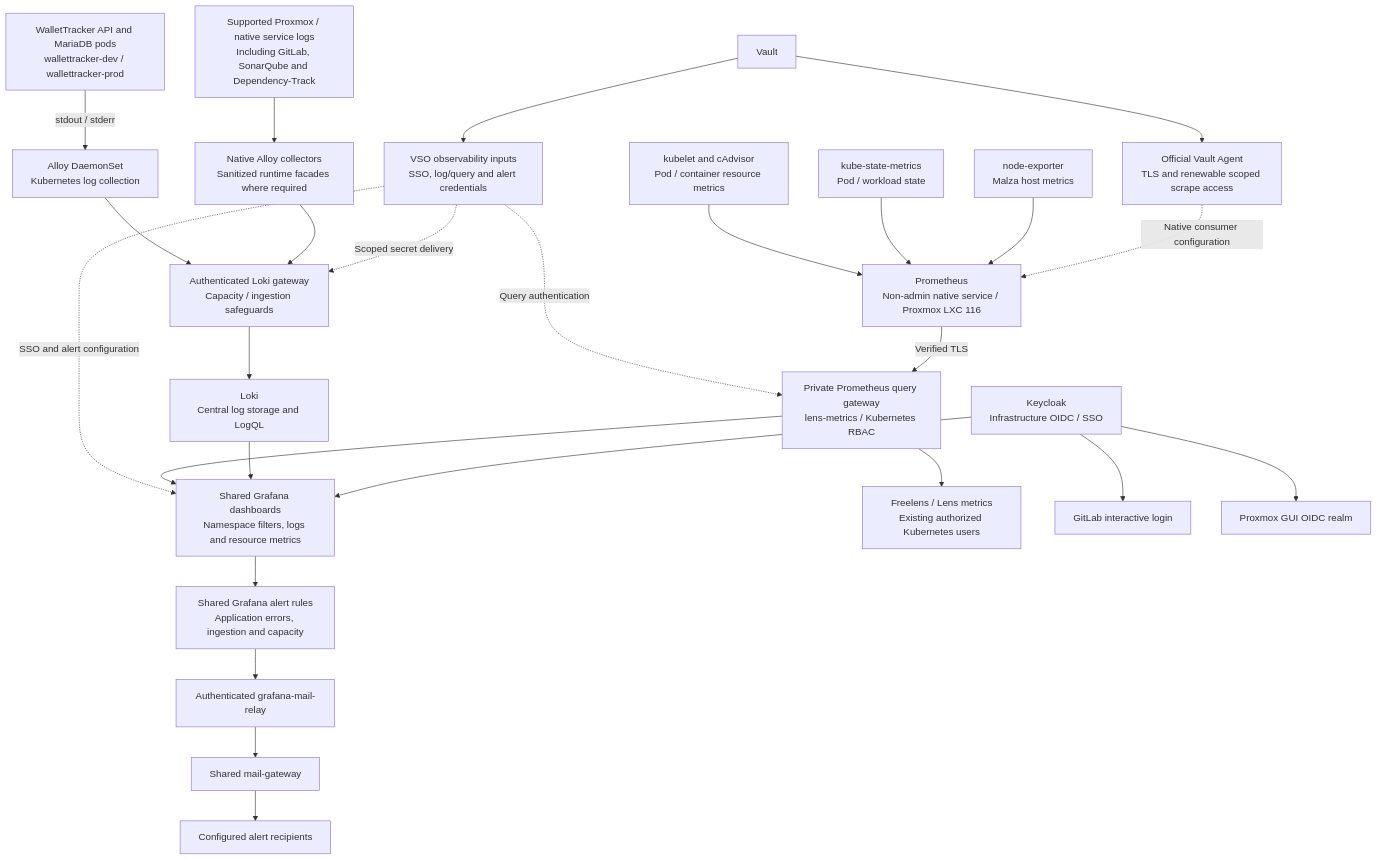
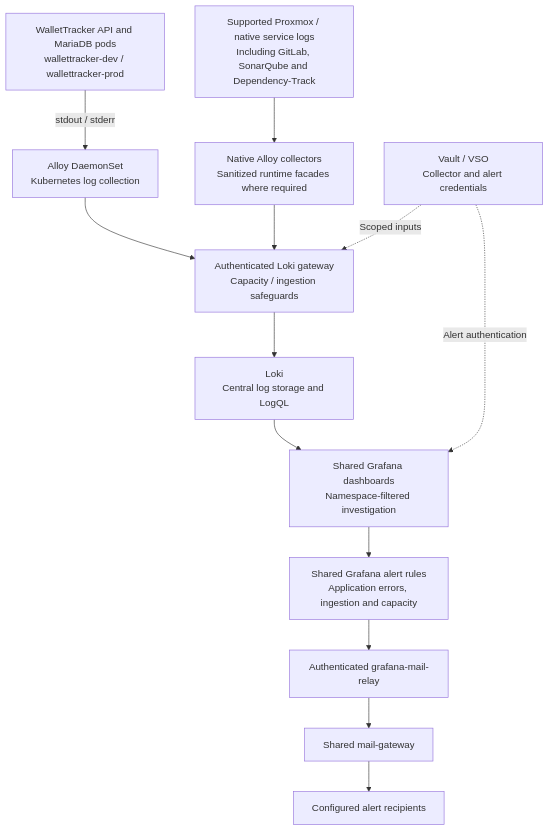
One commit to noelnovo/WalletTrackerBackend changed the fifth of 7 diagrams in README.md. Above: the diagram before and after it, drawn with Mermaid. The commit also changed other lines of this file and 1 other file, not shown here.

Commit message:
docs: split architecture diagrams into readable portfolio layers [skip ci]

````diff
--- a/README.md
+++ b/README.md
@@ -286,30 +272,16 @@
 ```mermaid
 flowchart TB
     WalletPods["WalletTracker API and MariaDB pods<br/>wallettracker-dev / wallettracker-prod"] -->|"stdout / stderr"| Alloy["Alloy DaemonSet<br/>Kubernetes log collection"]
     NativeServices["Supported Proxmox / native service logs<br/>Including GitLab, SonarQube and Dependency-Track"] --> NativeAlloy["Native Alloy collectors<br/>Sanitized runtime facades where required"]
     Alloy --> LokiGateway["Authenticated Loki gateway<br/>Capacity / ingestion safeguards"]
     NativeAlloy --> LokiGateway
     LokiGateway --> Loki["Loki<br/>Central log storage and LogQL"]
 
-    Kubelet["kubelet and cAdvisor<br/>Pod / container resource metrics"] --> Prometheus
-    KubeStateMetrics["kube-state-metrics<br/>Pod / workload state"] --> Prometheus
-    NodeExporter["node-exporter<br/>Malza host metrics"] --> Prometheus
-    MetricsVault["Vault"] --> MetricsAgent["Official Vault Agent<br/>TLS and renewable scoped scrape access"]
-    MetricsVault --> ObservabilityVSO["VSO observability inputs<br/>SSO, log/query and alert credentials"]
-    ObservabilityVSO -. "Scoped secret delivery" .-> LokiGateway
-    ObservabilityVSO -. "Query authentication" .-> QueryGateway
-    ObservabilityVSO -. "SSO and alert configuration" .-> Grafana
-    MetricsAgent -. "Native consumer configuration" .-> Prometheus["Prometheus<br/>Non-admin native service / Proxmox LXC 116"]
-    Prometheus -->|"Verified TLS"| QueryGateway["Private Prometheus query gateway<br/>lens-metrics / Kubernetes RBAC"]
-    QueryGateway --> Grafana["Shared Grafana dashboards<br/>Namespace filters, logs and resource metrics"]
-    QueryGateway --> Freelens["Freelens / Lens metrics<br/>Existing authorized Kubernetes users"]
-    Loki --> Grafana
-
-    Keycloak["Keycloak<br/>Infrastructure OIDC / SSO"] --> Grafana
-    Keycloak --> GitLabSSO["GitLab interactive login"]
-    Keycloak --> ProxmoxSSO["Proxmox GUI OIDC realm"]
+    Loki --> Grafana["Shared Grafana dashboards<br/>Namespace-filtered investigation"]
+    LogVault["Vault / VSO<br/>Collector and alert credentials"] -. "Scoped inputs" .-> LokiGateway
+    LogVault -. "Alert authentication" .-> Grafana
     Grafana --> Alerting["Shared Grafana alert rules<br/>Application errors, ingestion and capacity"]
     Alerting --> MailRelay["Authenticated grafana-mail-relay"]
     MailRelay --> MailGateway["Shared mail-gateway"]
     MailGateway --> Email["Configured alert recipients"]
 ```
````
